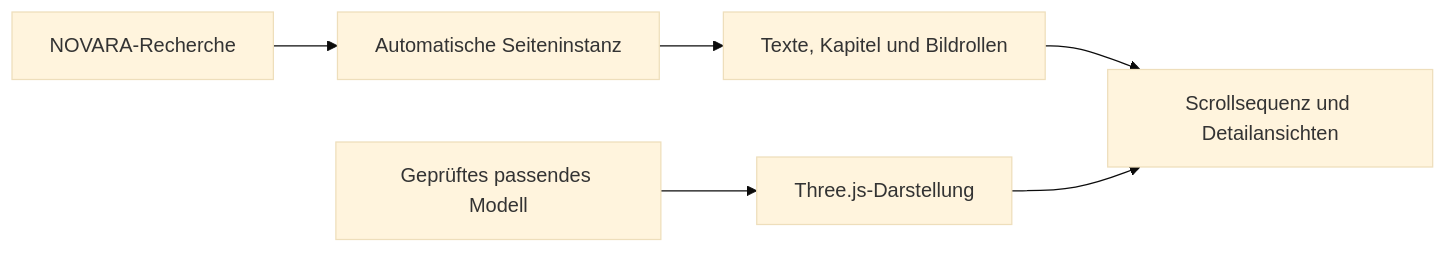
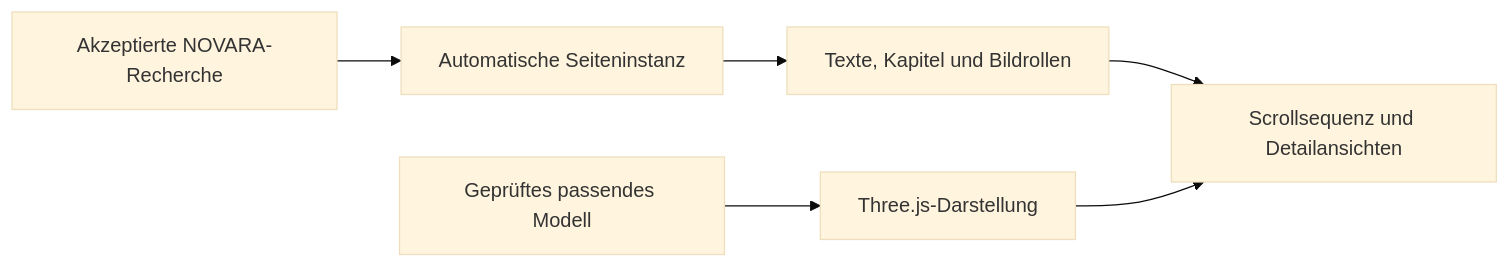
Before and after one commit to besey40/NOVARA-Design-Studio: the diagram in README.md, drawn with Mermaid (base theme). The commit also changed other lines of this file and 6 other files, not shown here.

````diff
--- a/README.md
+++ b/README.md
@@ -133,8 +86,8 @@
 ```mermaid
 flowchart LR
-    A["NOVARA-Recherche"] --> B["Automatische Seiteninstanz"]
+    A["Akzeptierte NOVARA-Recherche"] --> B["Automatische Seiteninstanz"]
     B --> C["Texte, Kapitel und Bildrollen"]
     D["Geprüftes passendes Modell"] --> E["Three.js-Darstellung"]
     C --> F["Scrollsequenz und Detailansichten"]
     E --> F
 ```
````
